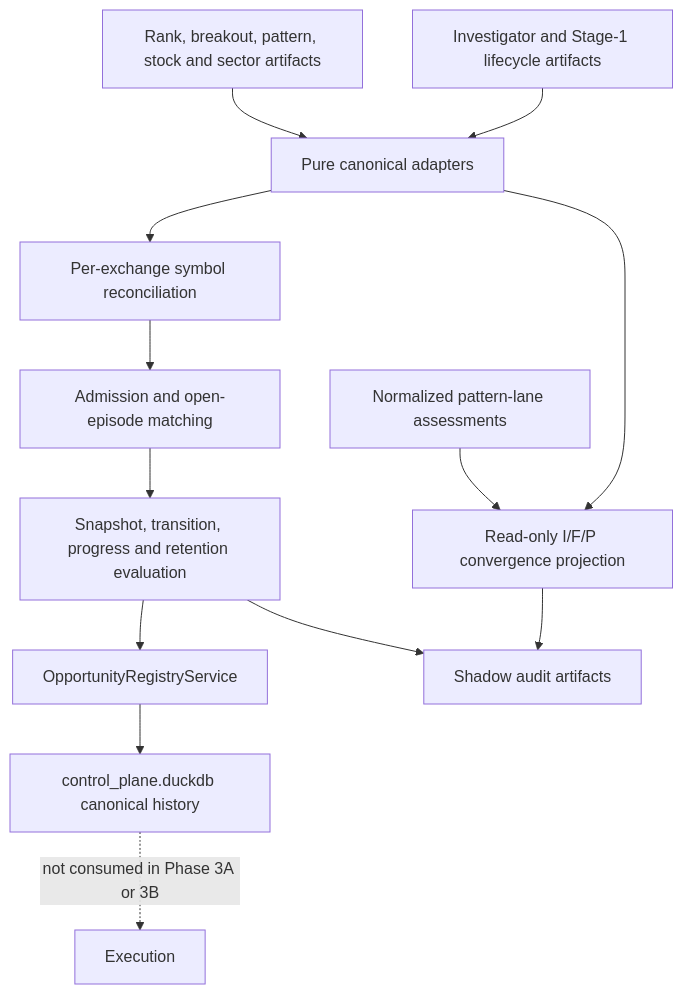
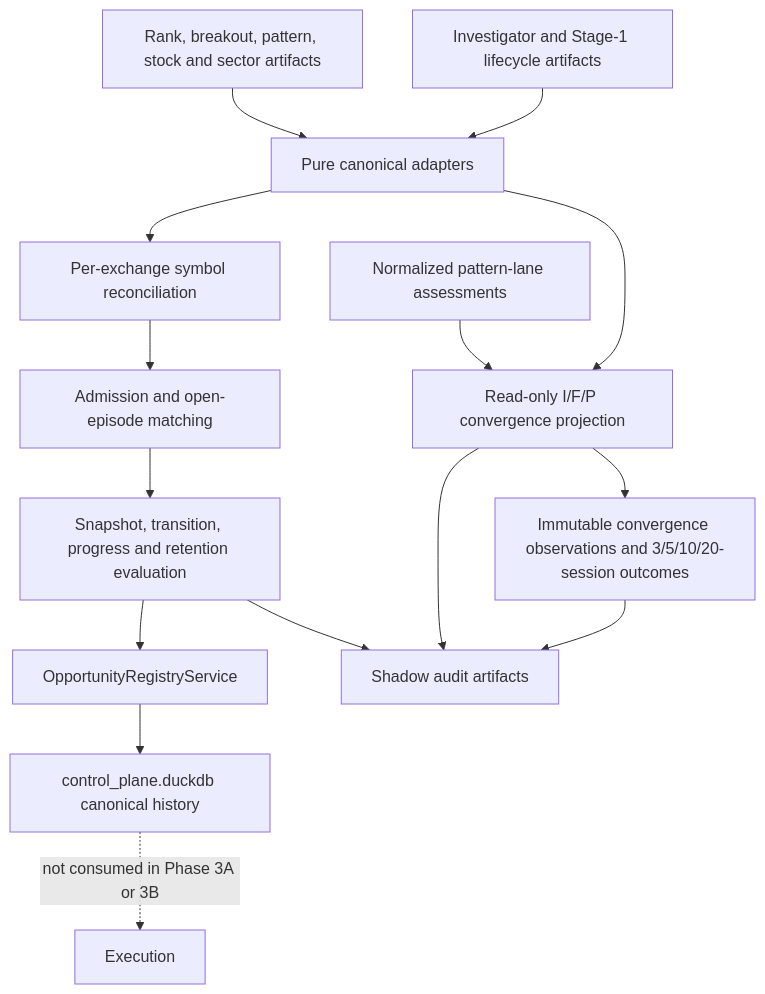
Before and after one commit to prashantsirohi/ai-trading-system: the diagram in docs/architecture/opportunity_shadow_orchestration.md, drawn with Mermaid. The commit also changed other lines of this file and 18 other files, not shown here.

````diff
--- a/docs/architecture/opportunity_shadow_orchestration.md
+++ b/docs/architecture/opportunity_shadow_orchestration.md
@@ -24,15 +24,17 @@
 ```mermaid
 flowchart TD
     R["Rank, breakout, pattern, stock and sector artifacts"] --> A["Pure canonical adapters"]
     I["Investigator and Stage-1 lifecycle artifacts"] --> A
     P["Normalized pattern-lane assessments"] --> V["Read-only I/F/P convergence projection"]
     A --> V
     A --> C["Per-exchange symbol reconciliation"]
     C --> M["Admission and open-episode matching"]
     M --> L["Snapshot, transition, progress and retention evaluation"]
     L --> D["OpportunityRegistryService"]
     L --> F["Shadow audit artifacts"]
     V --> F
+    V --> O["Immutable convergence observations and 3/5/10/20-session outcomes"]
+    O --> F
     D --> CP["control_plane.duckdb canonical history"]
     CP -. "not consumed in Phase 3A or 3B" .-> X["Execution"]
 ```
````
